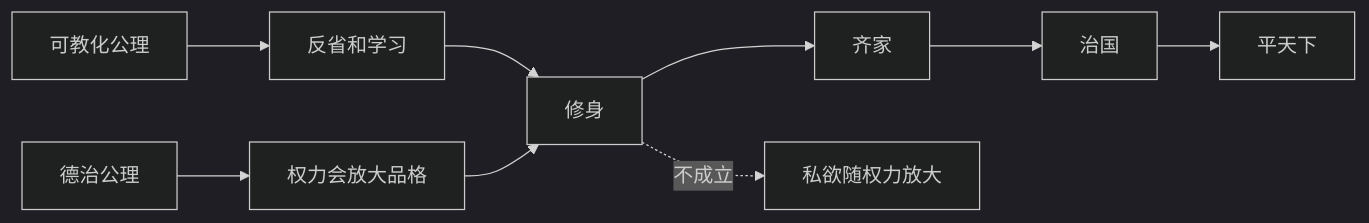
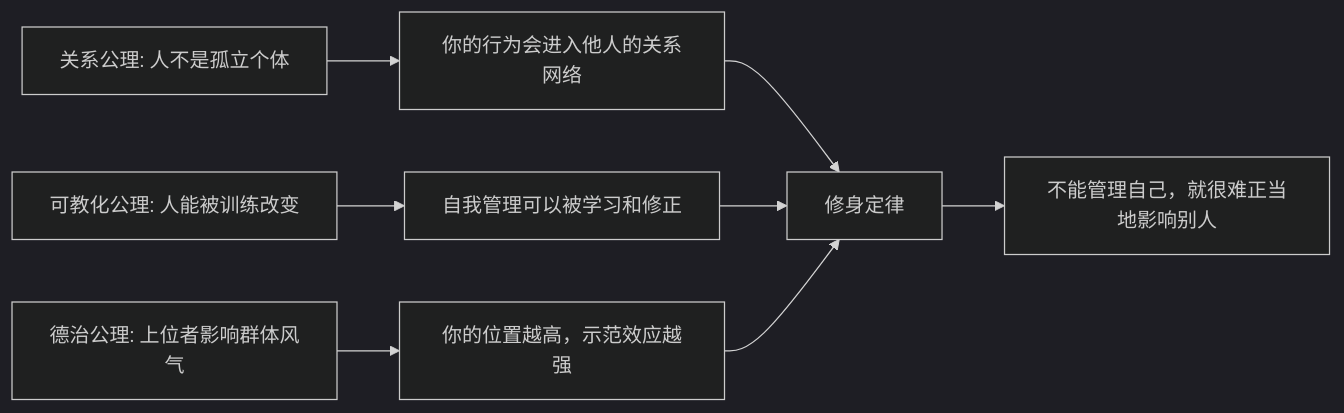
Before and after one commit to digoal/blog: the second of 3 diagrams in 202605/20260518_22.md, drawn with Mermaid (dark theme). The commit also changed other lines of this file and 26 other files, not shown here.

````diff
--- a/202605/20260518_22.md
+++ b/202605/20260518_22.md
@@ -22,11 +79,10 @@
 ```mermaid
 flowchart LR
-  A["可教化公理"] --> B["反省和学习"]
-  C["德治公理"] --> D["权力会放大品格"]
-  B --> E["修身"]
-  D --> E
-  E --> F["齐家"]
-  F --> G["治国"]
-  G --> H["平天下"]
-  E -. "不成立" .-> I["私欲随权力放大"]
+  A["关系公理: 人不是孤立个体"] --> D["你的行为会进入他人的关系网络"]
+  B["可教化公理: 人能被训练改变"] --> E["自我管理可以被学习和修正"]
+  C["德治公理: 上位者影响群体风气"] --> F["你的位置越高，示范效应越强"]
+  D --> G["修身定律"]
+  E --> G
+  F --> G
+  G --> H["不能管理自己，就很难正当地影响别人"]
 ```
````
